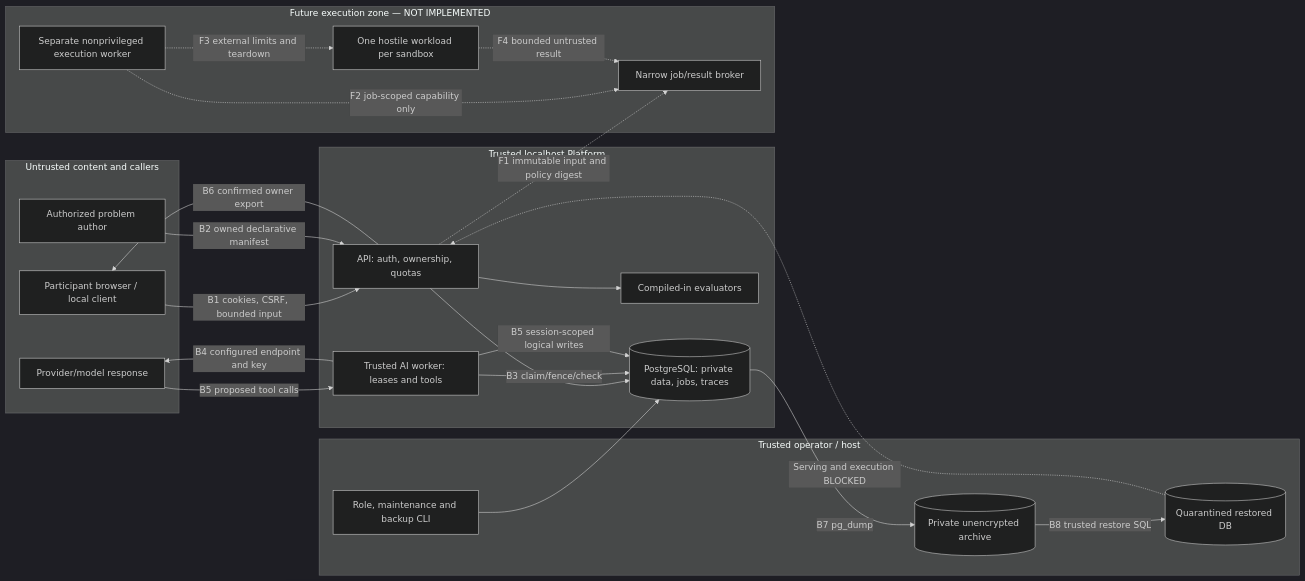
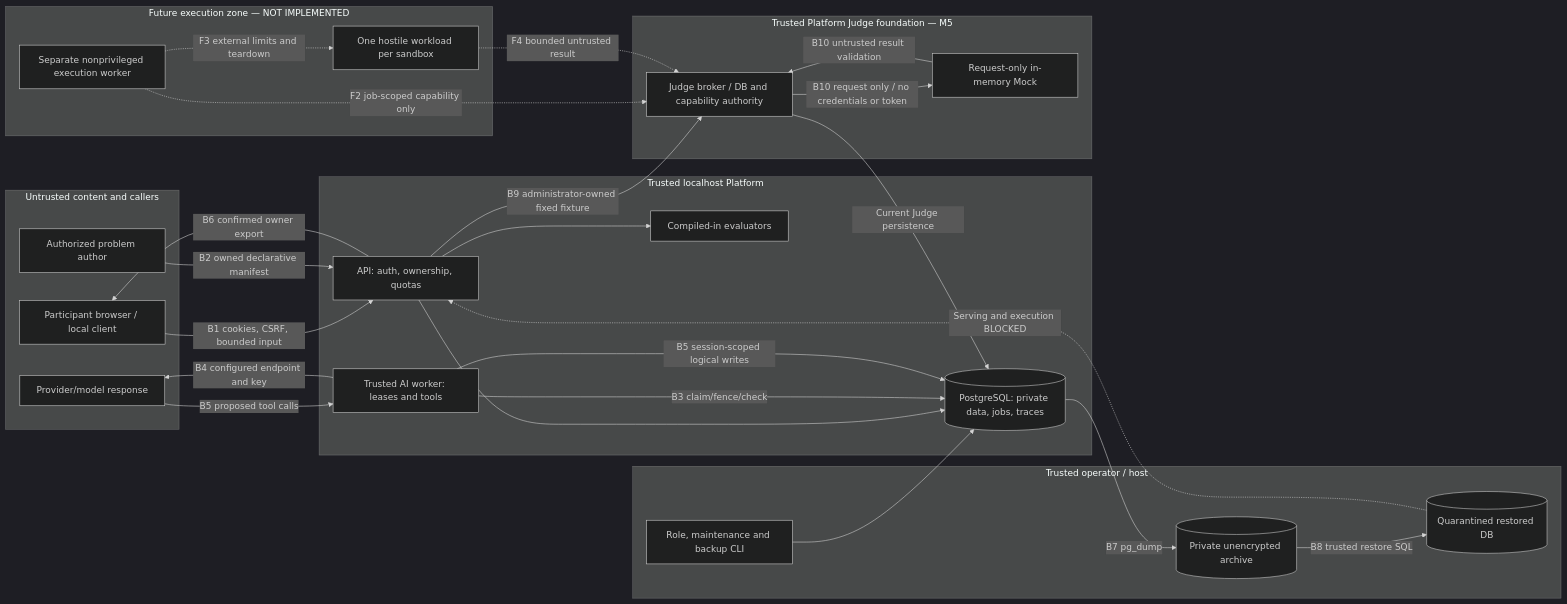
One commit to casing1/praxioj changed the diagram in docs/architecture/sandbox-threat-model.md. Above: the diagram before and after it, drawn with Mermaid (dark theme). The commit also changed other lines of this file and 36 other files, not shown here.

First line of the commit message:
feat: complete M5 Judge execution foundation and secure Broker (#15)

````diff
--- a/docs/architecture/sandbox-threat-model.md
+++ b/docs/architecture/sandbox-threat-model.md
@@ -49,41 +64,47 @@
 ```mermaid
 flowchart LR
   subgraph Untrusted["Untrusted content and callers"]
     Browser["Participant browser / local client"]
     Author["Authorized problem author"]
     Model["Provider/model response"]
   end
   subgraph Platform["Trusted localhost Platform"]
     API["API: auth, ownership, quotas"]
     DB[("PostgreSQL: private data, jobs, traces")]
     AI["Trusted AI worker: leases and tools"]
     Eval["Compiled-in evaluators"]
   end
   subgraph Operator["Trusted operator / host"]
     Ops["Role, maintenance and backup CLI"]
     Backup[("Private unencrypted archive")]
     Restore[("Quarantined restored DB")]
   end
+  subgraph CurrentJudge["Trusted Platform Judge foundation — M5"]
+    Broker["Judge broker / DB and capability authority"]
+    MockJudge["Request-only in-memory Mock"]
+  end
   subgraph Future["Future execution zone — NOT IMPLEMENTED"]
-    Broker["Narrow job/result broker"]
     Supervisor["Separate nonprivileged execution worker"]
     Guest["One hostile workload per sandbox"]
   end
   Browser -->|"B1 cookies, CSRF, bounded input"| API
   Author -->|"B2 owned declarative manifest"| API
   API --> DB
   API --> Eval
   AI -->|"B3 claim/fence/check"| DB
   AI -->|"B4 configured endpoint and key"| Model
   Model -->|"B5 proposed tool calls"| AI
   AI -->|"B5 session-scoped logical writes"| DB
   API -->|"B6 confirmed owner export"| Browser
   Ops --> DB
   DB -->|"B7 pg_dump"| Backup
   Backup -->|"B8 trusted restore SQL"| Restore
   Restore -.->|"Serving and execution BLOCKED"| API
-  API -.->|"F1 immutable input and policy digest"| Broker
+  API -->|"B9 administrator-owned fixed fixture"| Broker
+  Broker -->|"Current Judge persistence"| DB
+  Broker -->|"B10 request only / no credentials or token"| MockJudge
+  MockJudge -->|"B10 untrusted result validation"| Broker
   Supervisor -.->|"F2 job-scoped capability only"| Broker
   Supervisor -.->|"F3 external limits and teardown"| Guest
   Guest -.->|"F4 bounded untrusted result"| Broker
 ```
````
